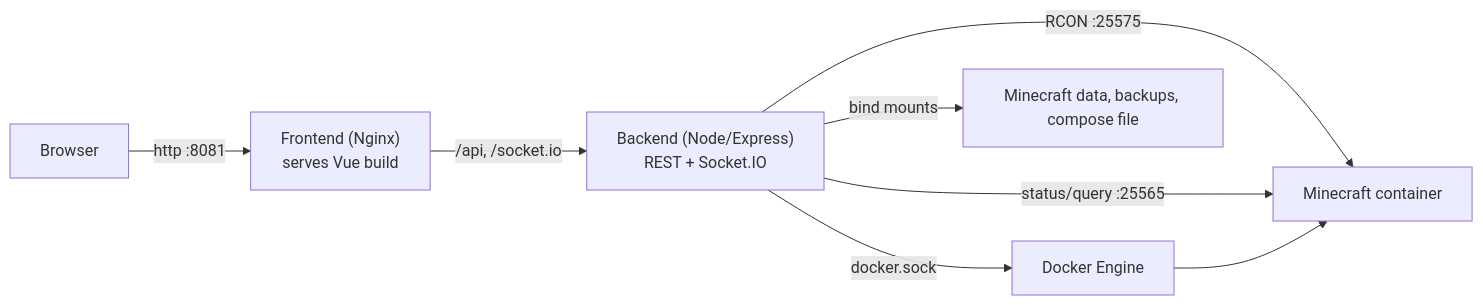
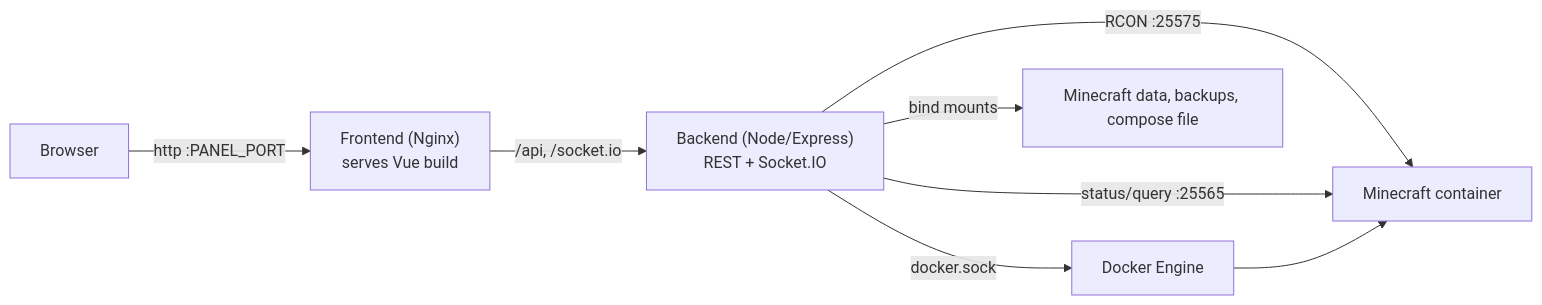
The diagram in README.md (Kukkimonsutta/mc-panel), drawn with Mermaid before and after one commit. The commit also changed other lines of this file and 5088 other files, not shown here.

````diff
--- a/README.md
+++ b/README.md
@@ -25,10 +26,10 @@
 ```mermaid
 flowchart LR
-    Browser["Browser"] -->|"http :8081"| Nginx["Frontend (Nginx)<br/>serves Vue build"]
+    Browser["Browser"] -->|"http :PANEL_PORT"| Nginx["Frontend (Nginx)<br/>serves Vue build"]
     Nginx -->|"/api, /socket.io"| Backend["Backend (Node/Express)<br/>REST + Socket.IO"]
     Backend -->|"docker.sock"| Docker["Docker Engine"]
     Backend -->|"RCON :25575"| MC["Minecraft container"]
     Backend -->|"status/query :25565"| MC
     Docker --> MC
     Backend -->|"bind mounts"| Data["Minecraft data, backups, compose file"]
 ```
````
